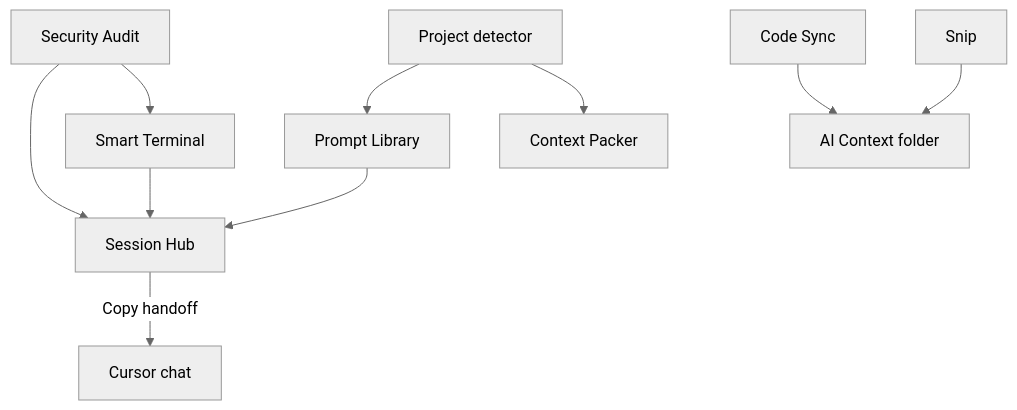
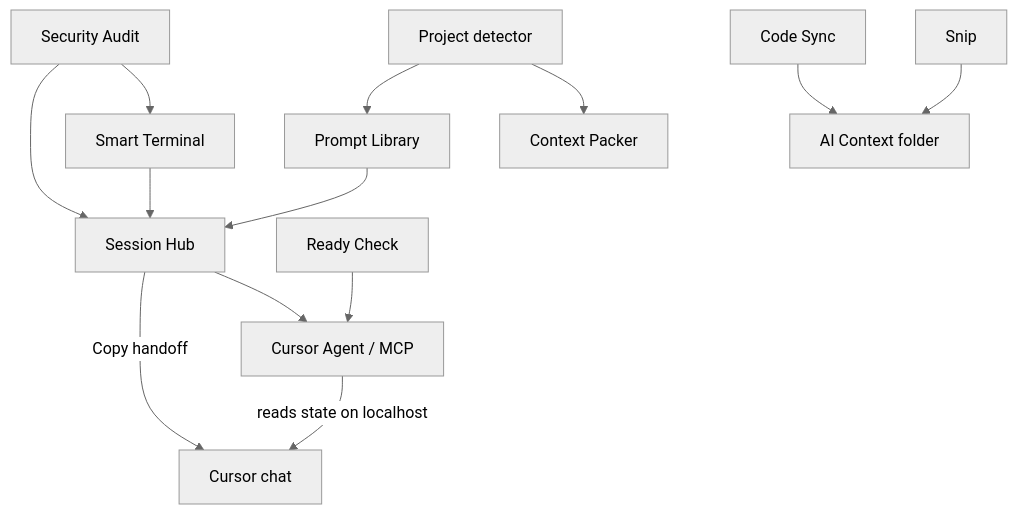
One commit to Bridgeware-Dynamics-Business/Vibebar changed the diagram in docs/features/index.md. Above: the diagram before and after it, drawn with Mermaid (neutral theme). The commit also changed other lines of this file and 5 other files, not shown here.

First line of the commit message:
Add Cursor Agent (MCP) docs and toolbar links

````diff
--- a/docs/features/index.md
+++ b/docs/features/index.md
@@ -53,12 +54,15 @@
 ```mermaid
 flowchart TB
   PD[Project detector] --> PL[Prompt Library]
   PD --> CP[Context Packer]
   SA[Security Audit] --> SH[Session Hub]
   ST[Smart Terminal] --> SH
   PL --> SH
   SA --> ST
   CS[Code Sync] --> AC[AI Context folder]
   SN[Snip] --> AC
   SH -->|Copy handoff| CUR[Cursor chat]
+  SH --> MCP[Cursor Agent / MCP]
+  RC[Ready Check] --> MCP
+  MCP -->|reads state on localhost| CUR
 ```
````
